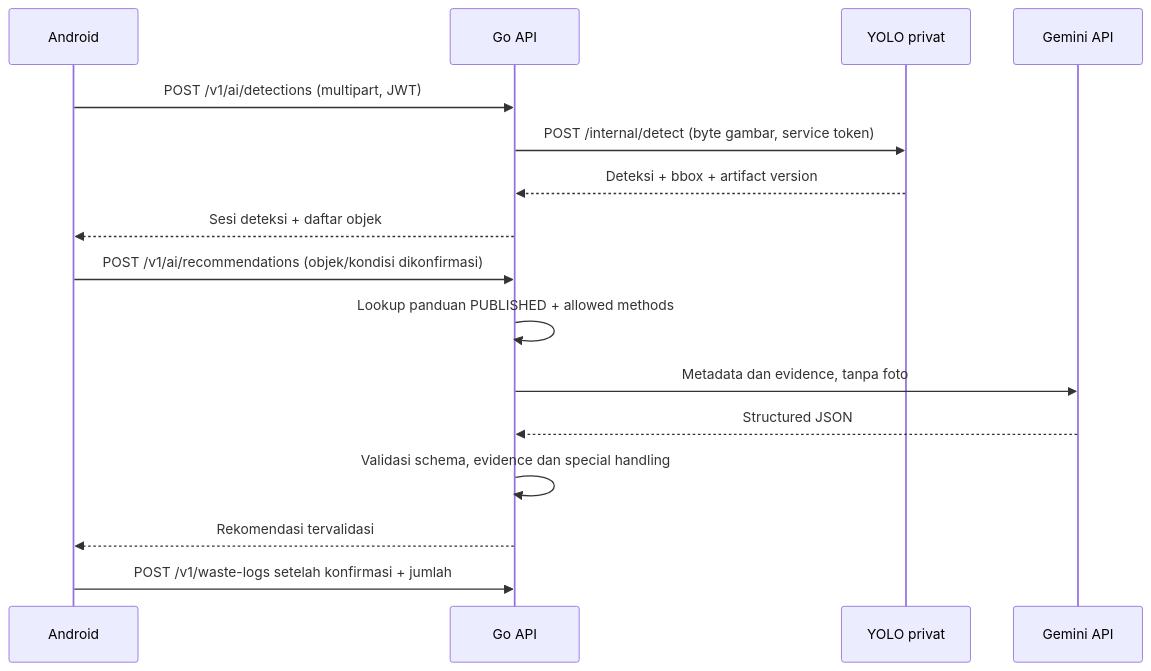
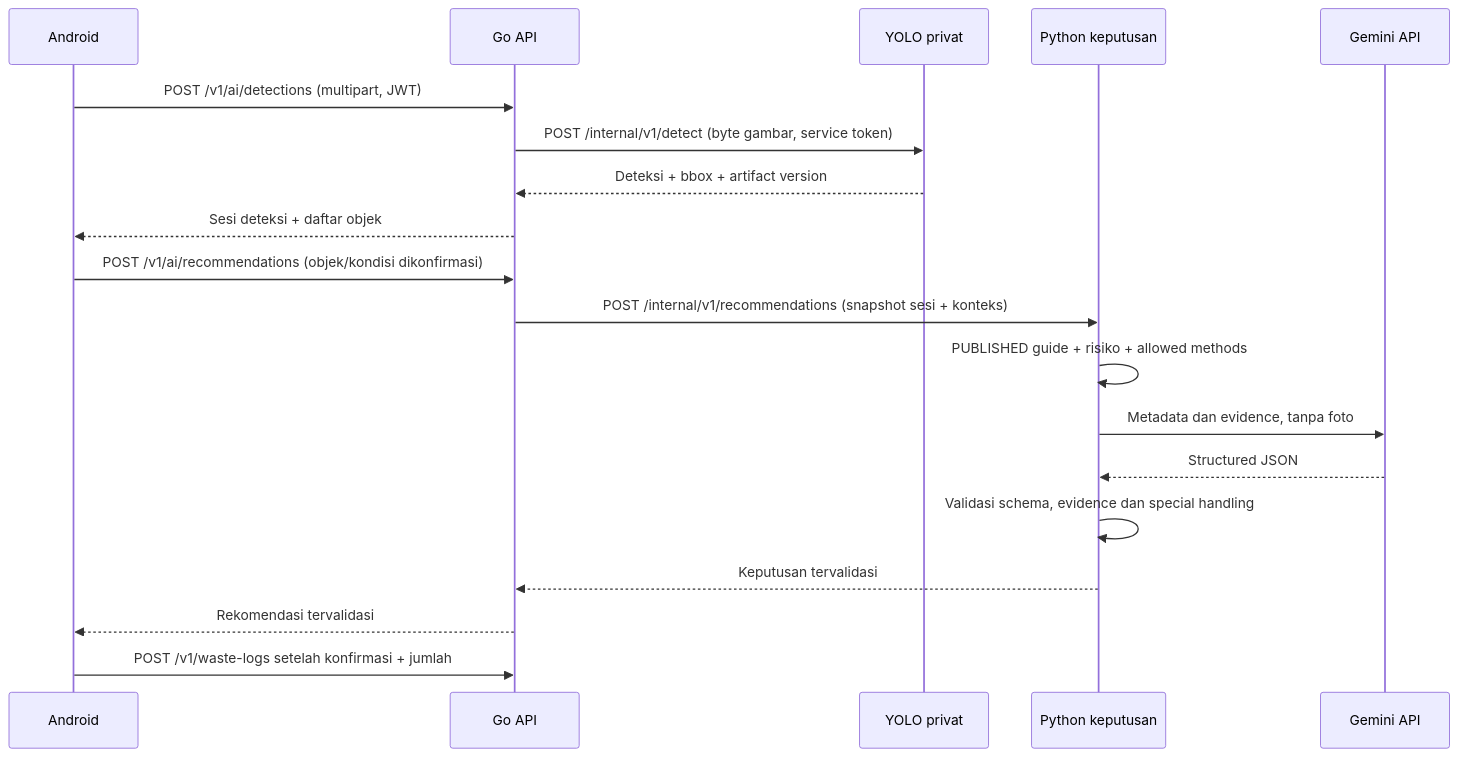
One commit to waste-not-app/waste-not-ai changed the diagram in README.md. Above: the diagram before and after it, drawn with Mermaid. The commit also changed other lines of this file and 140 other files, not shown here.

````diff
--- a/README.md
+++ b/README.md
@@ -210,18 +249,21 @@
 ```mermaid
 sequenceDiagram
     participant App as Android
     participant Go as Go API
     participant Worker as YOLO privat
+    participant Policy as Python keputusan
     participant Gemini as Gemini API
     App->>Go: POST /v1/ai/detections (multipart, JWT)
-    Go->>Worker: POST /internal/detect (byte gambar, service token)
+    Go->>Worker: POST /internal/v1/detect (byte gambar, service token)
     Worker-->>Go: Deteksi + bbox + artifact version
     Go-->>App: Sesi deteksi + daftar objek
     App->>Go: POST /v1/ai/recommendations (objek/kondisi dikonfirmasi)
-    Go->>Go: Lookup panduan PUBLISHED + allowed methods
-    Go->>Gemini: Metadata dan evidence, tanpa foto
-    Gemini-->>Go: Structured JSON
-    Go->>Go: Validasi schema, evidence dan special handling
+    Go->>Policy: POST /internal/v1/recommendations (snapshot sesi + konteks)
+    Policy->>Policy: PUBLISHED guide + risiko + allowed methods
+    Policy->>Gemini: Metadata dan evidence, tanpa foto
+    Gemini-->>Policy: Structured JSON
+    Policy->>Policy: Validasi schema, evidence dan special handling
+    Policy-->>Go: Keputusan tervalidasi
     Go-->>App: Rekomendasi tervalidasi
     App->>Go: POST /v1/waste-logs setelah konfirmasi + jumlah
 ```
````
